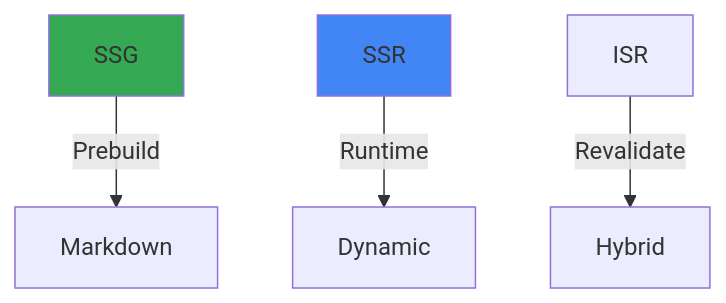
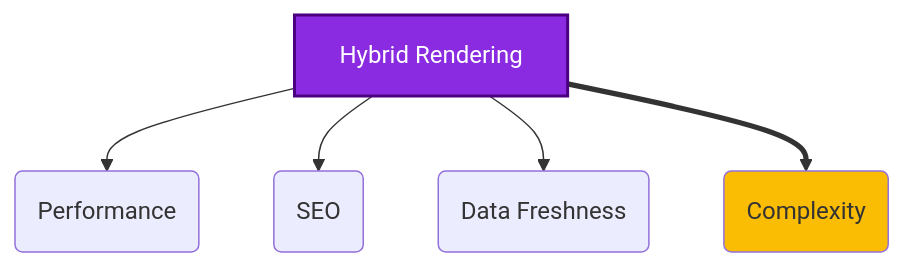
Before and after one commit to loganrooks/philosothon: the first of 2 diagrams in docs/adr/2025-03-30-hybrid-rendering.md, drawn with Mermaid. The commit also changed other lines of this file and 9 other files, not shown here.

Commit message:
Enhance ADR template with detailed sections for decision context, drivers, alternatives, consequences, implementation, security, migration, success metrics, dependencies, and version history

````diff
--- a/docs/adr/2025-03-30-hybrid-rendering.md
+++ b/docs/adr/2025-03-30-hybrid-rendering.md
@@ -86,8 +110,9 @@
 ```mermaid
 graph TD
-    A[SSG] -->|Prebuild| B[Markdown]
-    C[SSR] -->|Runtime| D[Dynamic]
-    E[ISR] -->|Revalidate| F[Hybrid]
-    style A fill:#34a853
-    style C fill:#4285f4
+    A[Hybrid Rendering] --> B(Performance);
+    A --> C(SEO);
+    A --> D(Data Freshness);
+    A ==> E(Complexity);
+    style A fill:#8a2be2,stroke:#4b0082,stroke-width:2px, color:#fff
+    style E fill:#fbbc04
 ```
````
